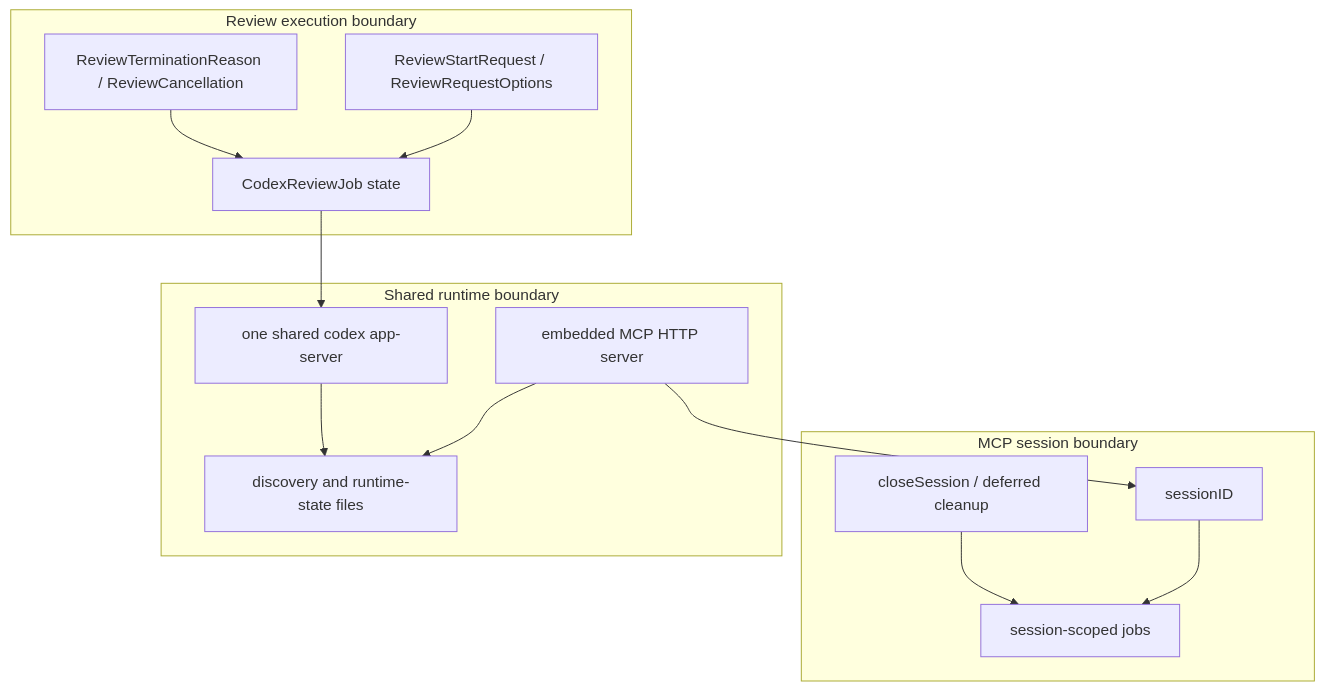
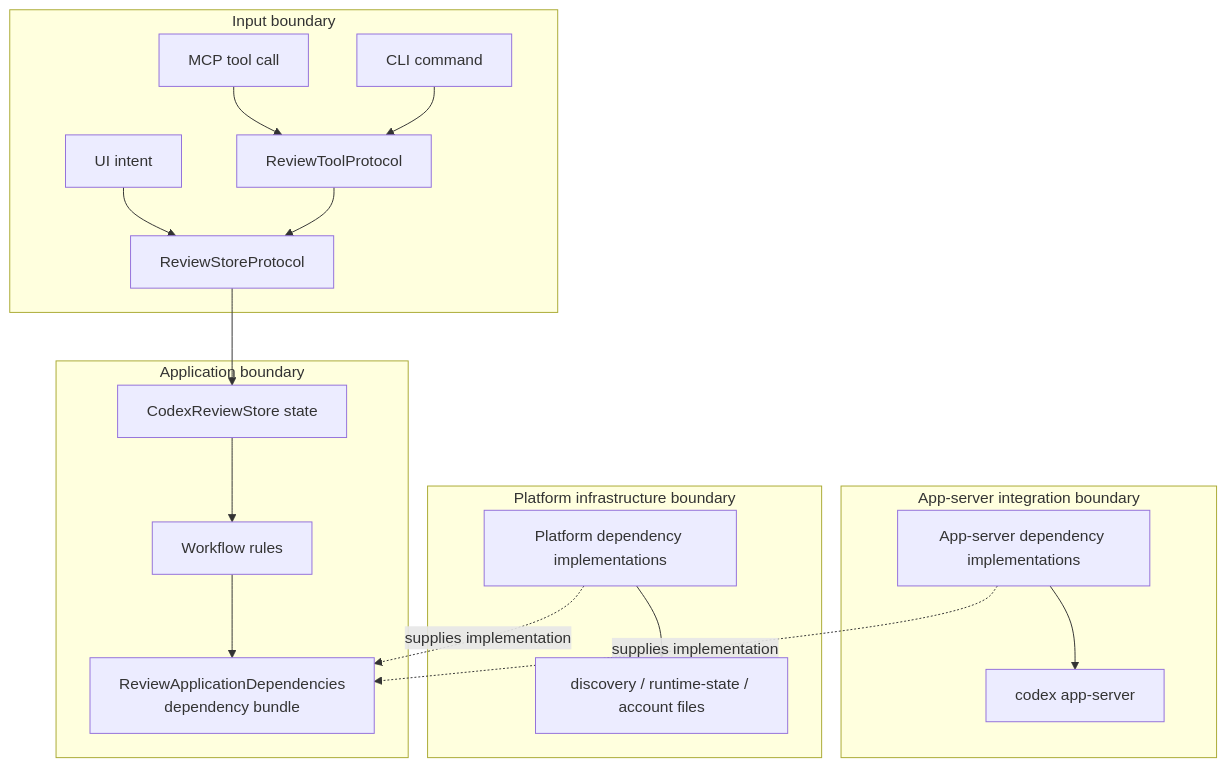
Before and after one commit to lynnswap/CodexReviewMCP: the eighth of 8 diagrams in Docs/architecture-overview.md, drawn with Mermaid. The commit also changed other lines of this file, not shown here.

Commit message:
docs(architecture): align diagrams with dependency bundle

````diff
--- a/Docs/architecture-overview.md
+++ b/Docs/architecture-overview.md
@@ -207,29 +294,38 @@
 ```mermaid
 flowchart TB
-    subgraph Session["MCP session boundary"]
-        SessionID["sessionID"]
-        SessionJobs["session-scoped jobs"]
-        SessionClose["closeSession / deferred cleanup"]
+    subgraph InputBoundary["Input boundary"]
+        UIIntent["UI intent"]
+        MCPIntent["MCP tool call"]
+        CLIIntent["CLI command"]
+        StoreBoundary["ReviewStoreProtocol"]
+        ToolBoundary["ReviewToolProtocol"]
     end
 
-    subgraph Review["Review execution boundary"]
-        Request["ReviewStartRequest / ReviewRequestOptions"]
-        JobState["CodexReviewJob state"]
-        Termination["ReviewTerminationReason / ReviewCancellation"]
+    subgraph AppBoundary["Application boundary"]
+        StoreState["CodexReviewStore state"]
+        WorkflowRules["Workflow rules"]
+        DependencyBundle["ReviewApplicationDependencies<br/>dependency bundle"]
     end
 
-    subgraph Runtime["Shared runtime boundary"]
-        EmbeddedHTTP["embedded MCP HTTP server"]
-        SharedAppServer["one shared codex app-server"]
-        RuntimeFiles["discovery and runtime-state files"]
+    subgraph AppServerBoundary["App-server integration boundary"]
+        AppServerAdapters["App-server dependency implementations"]
+        SharedAppServer["codex app-server"]
     end
 
-    SessionID --> SessionJobs
-    SessionClose --> SessionJobs
-    Request --> JobState
-    Termination --> JobState
-    EmbeddedHTTP --> SessionID
-    EmbeddedHTTP --> RuntimeFiles
-    SharedAppServer --> RuntimeFiles
-    JobState --> SharedAppServer
+    subgraph PlatformBoundary["Platform infrastructure boundary"]
+        PlatformAdapters["Platform dependency implementations"]
+        RuntimeFiles["discovery / runtime-state / account files"]
+    end
+
+    UIIntent --> StoreBoundary
+    MCPIntent --> ToolBoundary
+    CLIIntent --> ToolBoundary
+    ToolBoundary --> StoreBoundary
+    StoreBoundary --> StoreState
+    StoreState --> WorkflowRules
+    WorkflowRules --> DependencyBundle
+    AppServerAdapters -.->|supplies implementation| DependencyBundle
+    PlatformAdapters -.->|supplies implementation| DependencyBundle
+    AppServerAdapters --> SharedAppServer
+    PlatformAdapters --> RuntimeFiles
 ```
````
